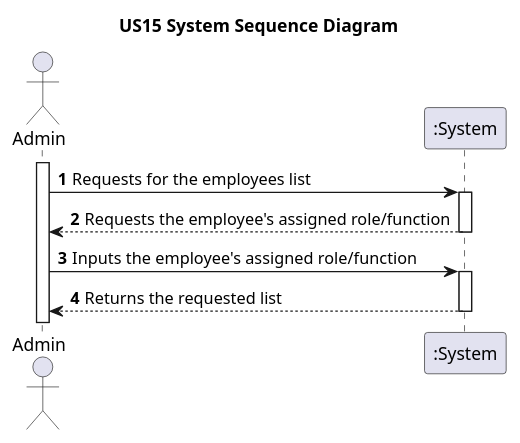
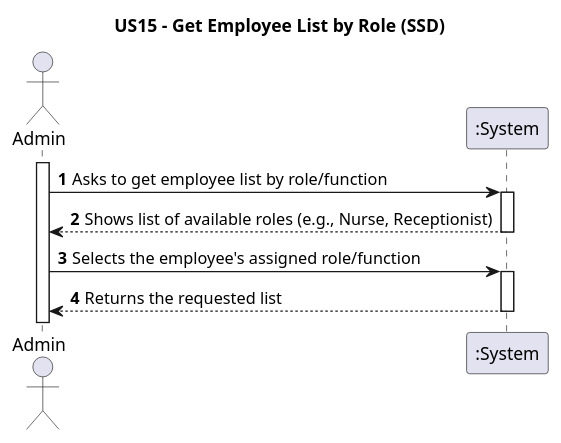
The diagram in docs/system-documentation/US15/puml/US15-SSD.puml (pedroguilherme-web/leti-esoft-25-26-A1), drawn with PlantUML before and after one commit. The commit also changed 4 other files, not shown here.

```diff
--- a/docs/system-documentation/US15/puml/US15-SSD.puml
+++ b/docs/system-documentation/US15/puml/US15-SSD.puml
@@ -1,20 +1,19 @@
 @startuml
 'https://plantuml.com/sequence-diagram
-
-title US15 System Sequence Diagram
+title US15 - Get Employee List by Role (SSD)
 
 autoactivate on
 autonumber
 
 actor "Admin" as Admin
 participant ":System" as System
 
 activate Admin
 
-Admin -> System: Requests for the employees list
-System --> Admin: Requests the employee's assigned role/function
+Admin -> System: Asks to get employee list by role/function
+System --> Admin: Shows list of available roles (e.g., Nurse, Receptionist)
 
-Admin -> System: Inputs the employee's assigned role/function
+Admin -> System: Selects the employee's assigned role/function
 System --> Admin: Returns the requested list
 
 @enduml
```
